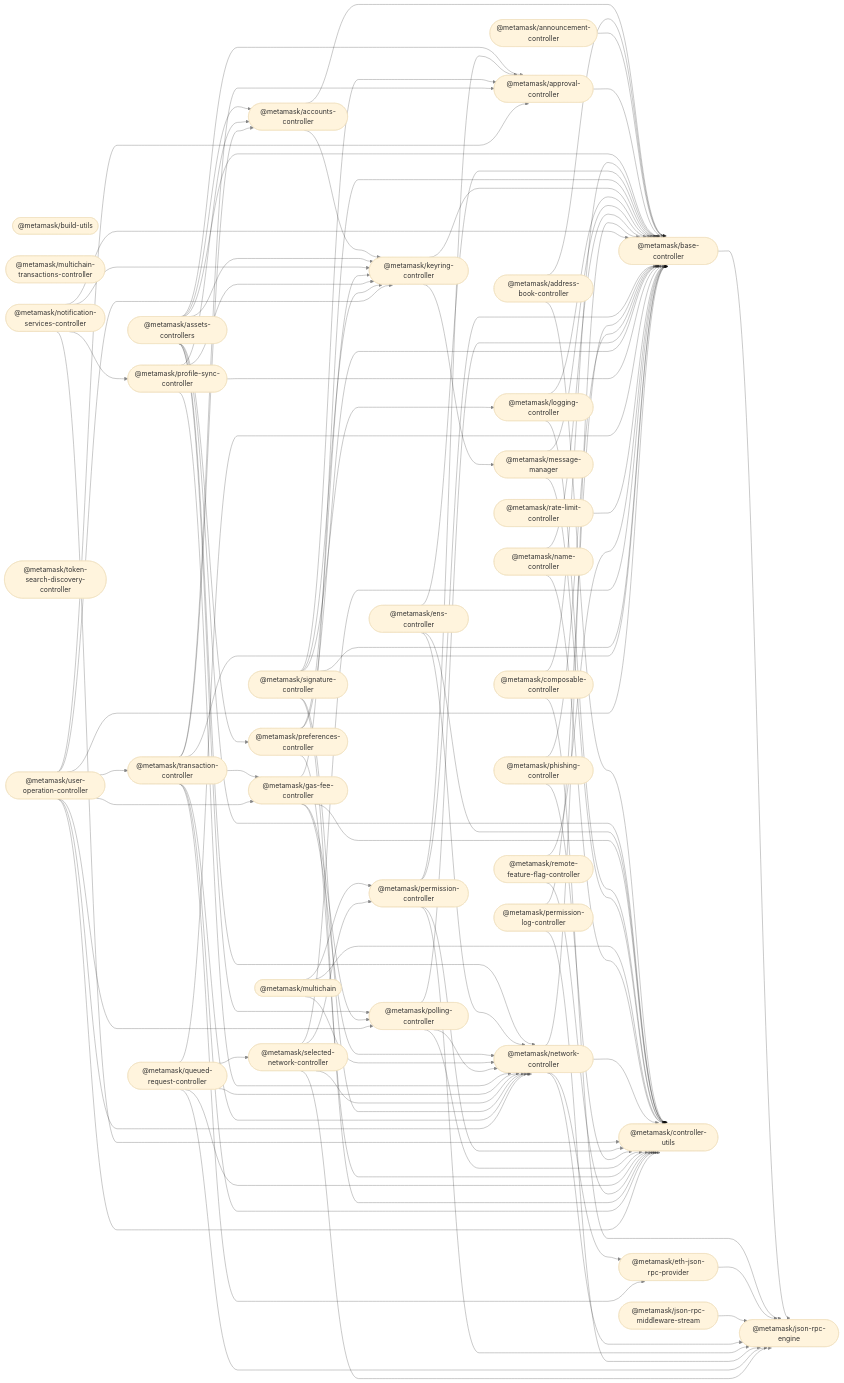
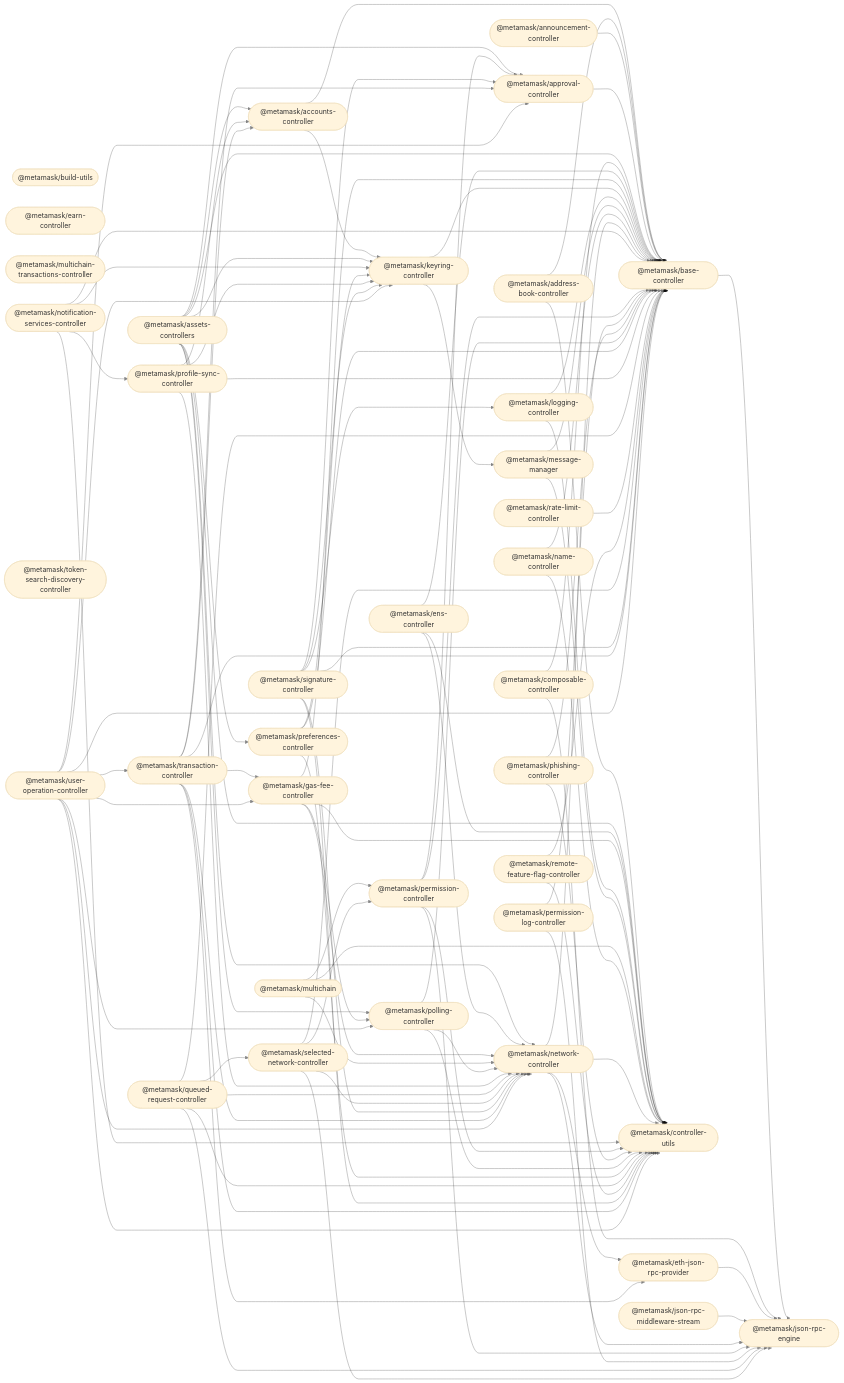
The diagram in README.md (MetaMask/core), drawn with Mermaid (base theme) before and after one commit. The commit also changed other lines of this file and 13 other files, not shown here.

First line of the commit message:
feat: add @metamask/earn-controller package

```diff
--- a/README.md
+++ b/README.md
@@ -74,6 +75,7 @@
   build_utils(["@metamask/build-utils"]);
   composable_controller(["@metamask/composable-controller"]);
   controller_utils(["@metamask/controller-utils"]);
+  earn_controller(["@metamask/earn-controller"]);
   ens_controller(["@metamask/ens-controller"]);
   eth_json_rpc_provider(["@metamask/eth-json-rpc-provider"]);
   gas_fee_controller(["@metamask/gas-fee-controller"]);
```
